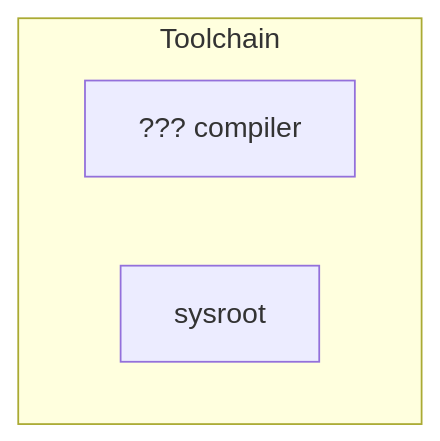
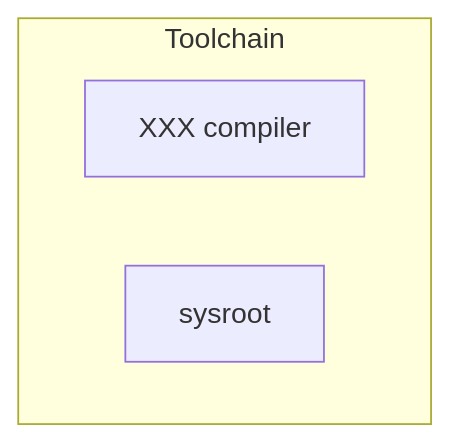
One commit to lankahsu520/CrossCompilationX changed the tenth of 12 diagrams in README.md. Above: the diagram before and after it, drawn with Mermaid. The commit also changed other lines of this file, not shown here.

````diff
--- a/README.md
+++ b/README.md
@@ -479,7 +479,7 @@
 ```mermaid
 flowchart TB
 	subgraph Toolchain[Toolchain]
-		compiler[??? compiler]
+		compiler[XXX compiler]
 		sysroot
 	end
 ```
````
